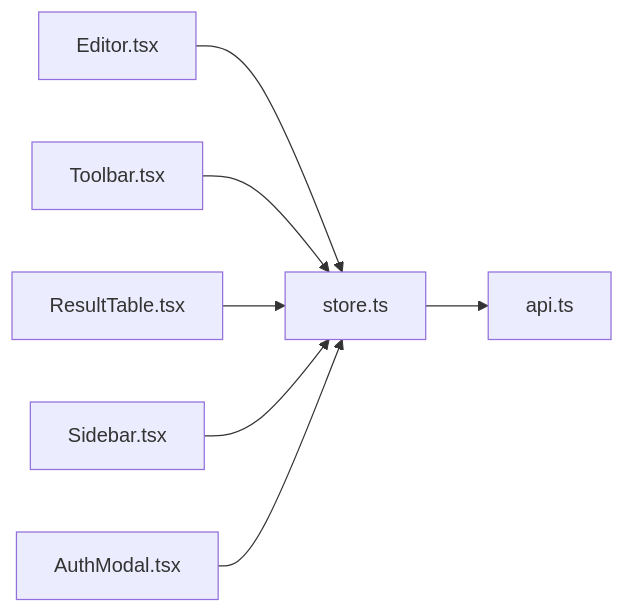
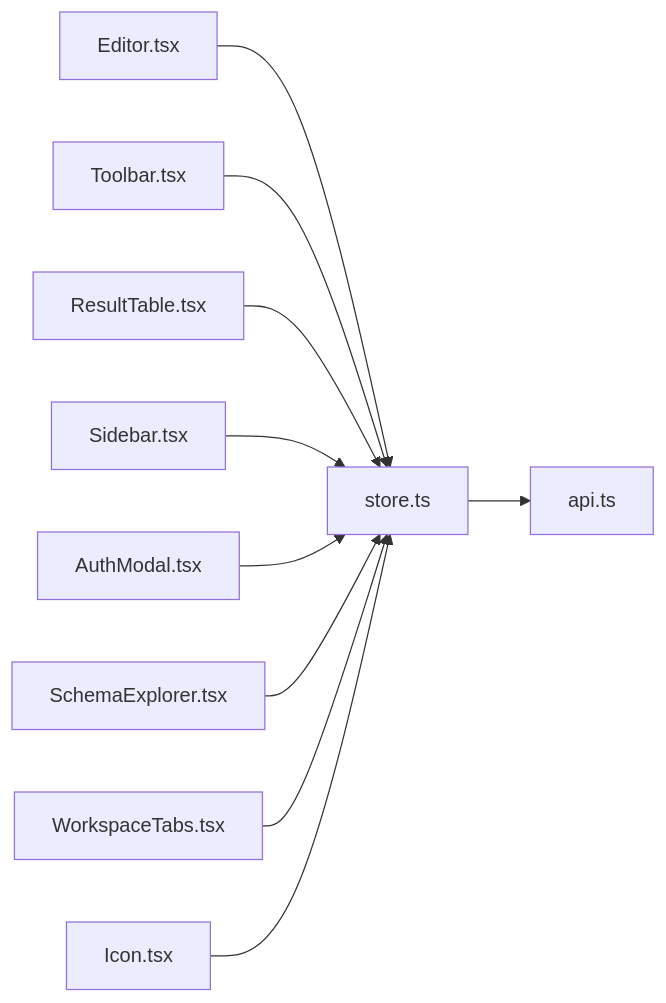
One commit to sutanto1010/crablite changed the ninth of 9 diagrams in .qoder/repowiki/en/content/Frontend Development/Core Components.md. Above: the diagram before and after it, drawn with Mermaid. The commit also changed other lines of this file and 25 other files, not shown here.

First line of the commit message:
feat(metadata): add comprehensive database schema and internals API endpoints

````diff
--- a/.qoder/repowiki/en/content/Frontend Development/Core Components.md
+++ b/.qoder/repowiki/en/content/Frontend Development/Core Components.md
@@ -423,9 +564,12 @@
 ```mermaid
 graph LR
 Editor["Editor.tsx"] --> Store["store.ts"]
 Toolbar["Toolbar.tsx"] --> Store
 ResultTable["ResultTable.tsx"] --> Store
 Sidebar["Sidebar.tsx"] --> Store
 AuthModal["AuthModal.tsx"] --> Store
+SchemaExplorer["SchemaExplorer.tsx"] --> Store
+WorkspaceTabs["WorkspaceTabs.tsx"] --> Store
+Icon["Icon.tsx"] --> Store
 Store --> Api["api.ts"]
 ```
````
